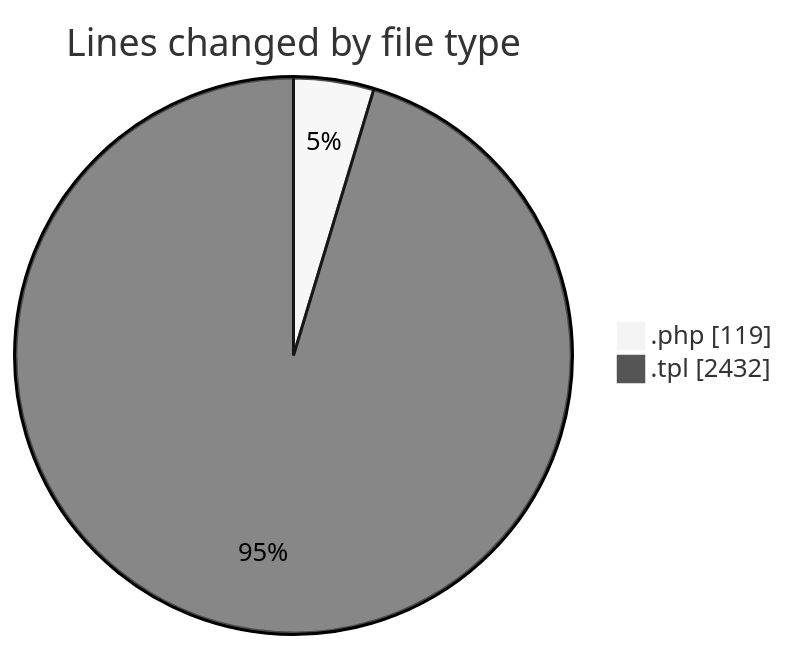
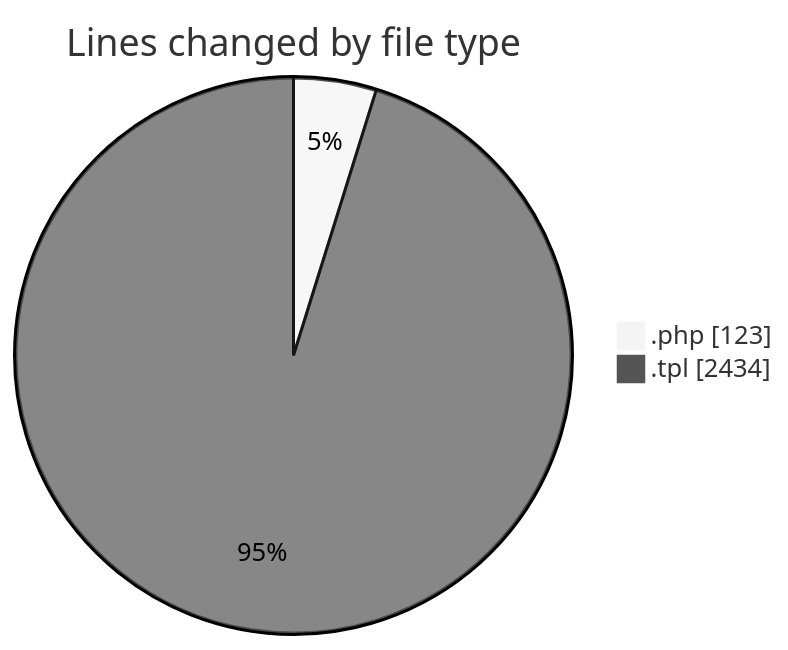
The first of 2 diagrams in 2025-12-22/shop/README.md (vahidmafi/code-tracking), drawn with Mermaid (neutral theme) before and after one commit. The commit also changed other lines of this file and 1 other file, not shown here.

````diff
--- a/2025-12-22/shop/README.md
+++ b/2025-12-22/shop/README.md
@@ -23,6 +23,6 @@
 ```mermaid
 pie showData
 title Lines changed by file type
-".php" : 119
-".tpl" : 2432
+".php" : 123
+".tpl" : 2434
 ```
````
